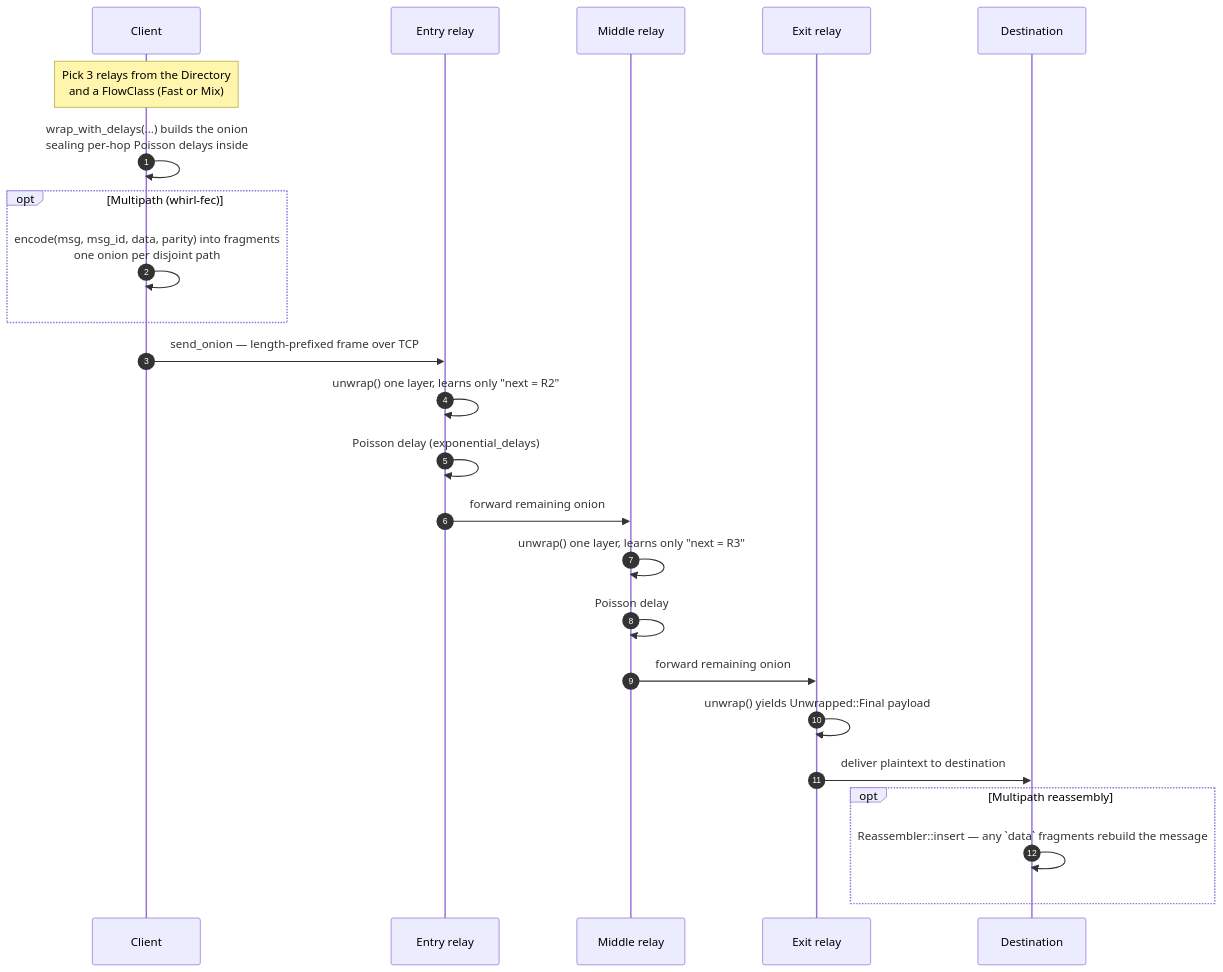
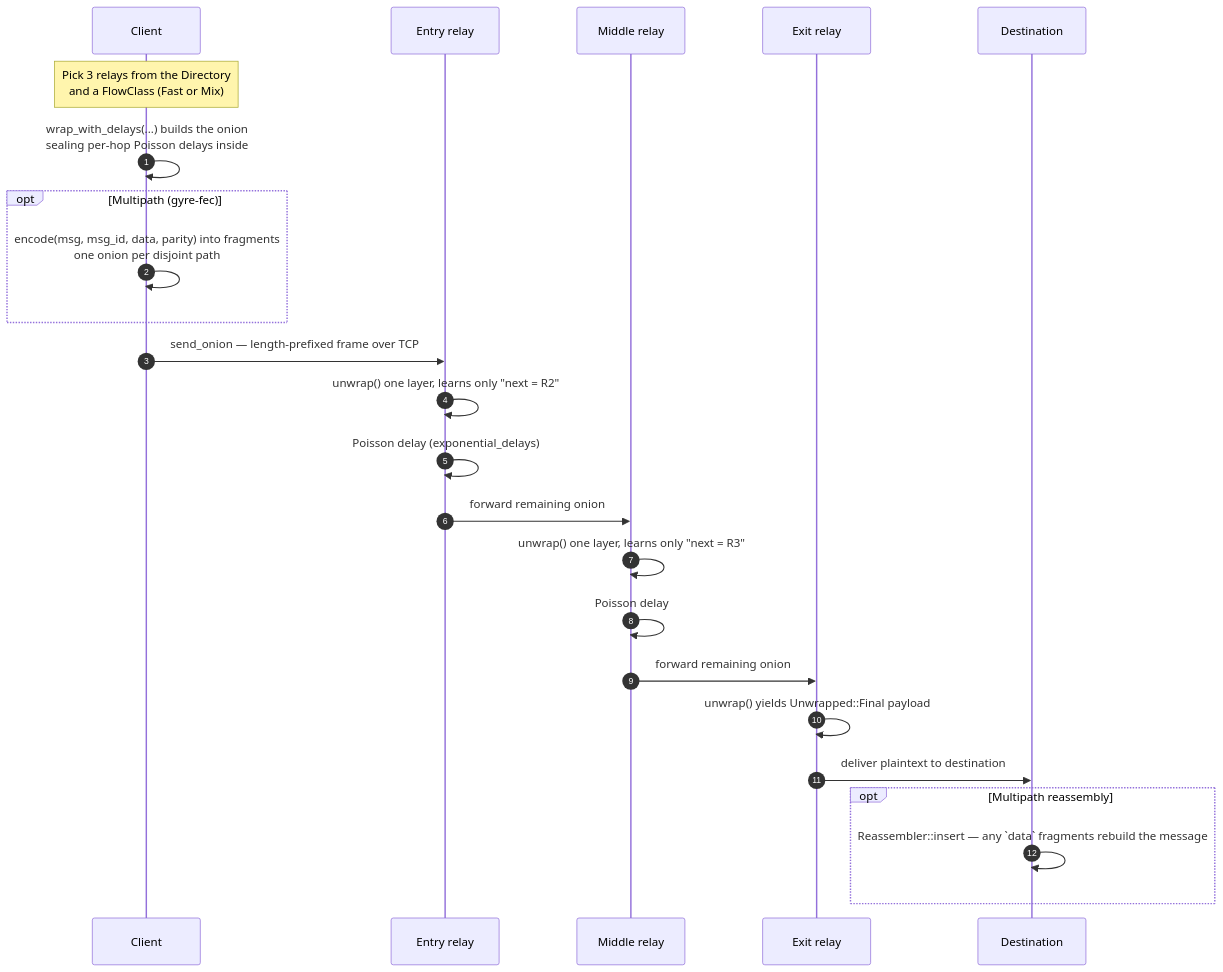
The second of 3 diagrams in docs/ARCHITECTURE.md (rupeshbharambe24/Gyre), drawn with Mermaid before and after one commit. The commit also changed other lines of this file and 87 other files, not shown here.

````diff
--- a/docs/ARCHITECTURE.md
+++ b/docs/ARCHITECTURE.md
@@ -119,27 +119,27 @@
 ```mermaid
 sequenceDiagram
     autonumber
     participant C as Client
     participant R1 as Entry relay
     participant R2 as Middle relay
     participant R3 as Exit relay
     participant D as Destination
 
     Note over C: Pick 3 relays from the Directory<br/>and a FlowClass (Fast or Mix)
     C->>C: wrap_with_delays(...) builds the onion<br/>sealing per-hop Poisson delays inside
-    opt Multipath (whirl-fec)
+    opt Multipath (gyre-fec)
         C->>C: encode(msg, msg_id, data, parity) into fragments<br/>one onion per disjoint path
     end
     C->>R1: send_onion — length-prefixed frame over TCP
     R1->>R1: unwrap() one layer, learns only "next = R2"
     R1->>R1: Poisson delay (exponential_delays)
     R1->>R2: forward remaining onion
     R2->>R2: unwrap() one layer, learns only "next = R3"
     R2->>R2: Poisson delay
     R2->>R3: forward remaining onion
     R3->>R3: unwrap() yields Unwrapped::Final payload
     R3->>D: deliver plaintext to destination
     opt Multipath reassembly
         D->>D: Reassembler::insert — any `data` fragments rebuild the message
     end
 ```
````
